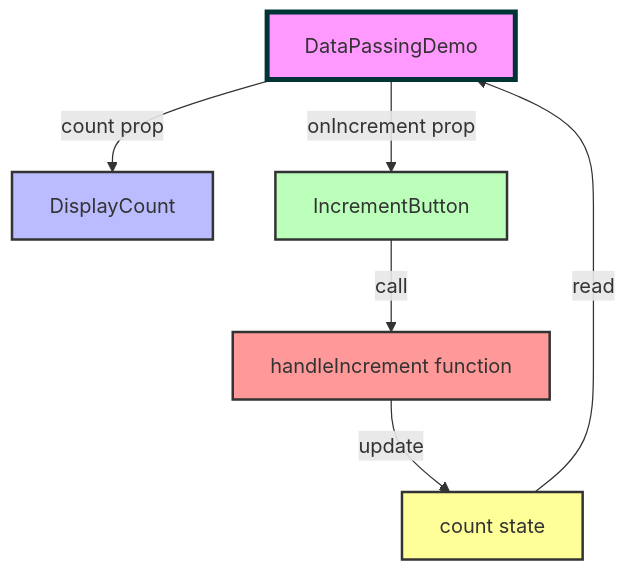
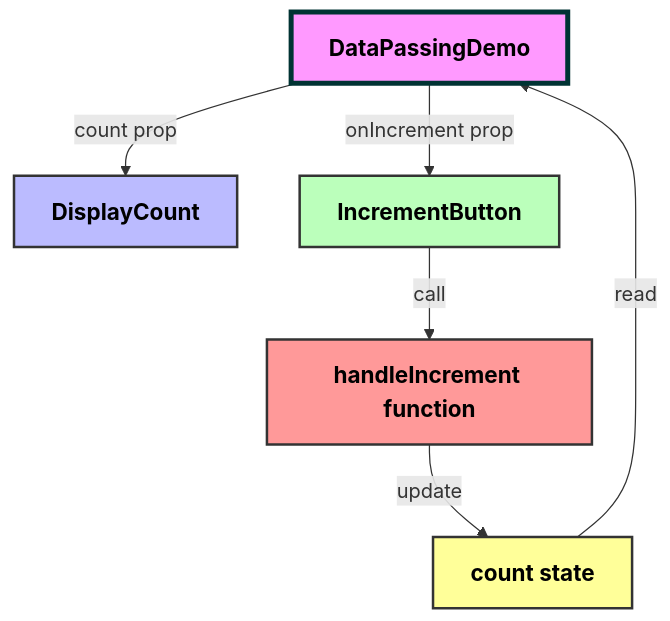
The diagram in TheoryImages/data-flow-between-react-components.md (srjingole0610/react-learnings), drawn with Mermaid before and after one commit. The commit also changed 6 other files, not shown here.

````diff
--- a/TheoryImages/data-flow-between-react-components.md
+++ b/TheoryImages/data-flow-between-react-components.md
@@ -11,22 +11,24 @@
 ```mermaid
 
 graph TD
-  A[DataPassingDemo]
-  B[DisplayCount]
-  C[IncrementButton]
-  D[count state]
-  E[handleIncrement function]
+  A[DataPassingDemo]:::highlight
+  B[DisplayCount]:::highlight
+  C[IncrementButton]:::highlight
+  D[count state]:::highlight
+  E[handleIncrement function]:::highlight
   
   A -->|count prop| B
   A -->|onIncrement prop| C
   D -->|read| A
   E -->|update| D
   C -->|call| E
   
   style A fill:#f9f,stroke:#033,stroke-width:4px
   style B fill:#bbf,stroke:#333,stroke-width:2px
   style C fill:#bfb,stroke:#333,stroke-width:2px
   style D fill:#ff9,stroke:#333,stroke-width:2px
   style E fill:#f99,stroke:#333,stroke-width:2px
 
+  classDef highlight font-size:18px,font-weight:bold,color:#000;
+
   ```
````
